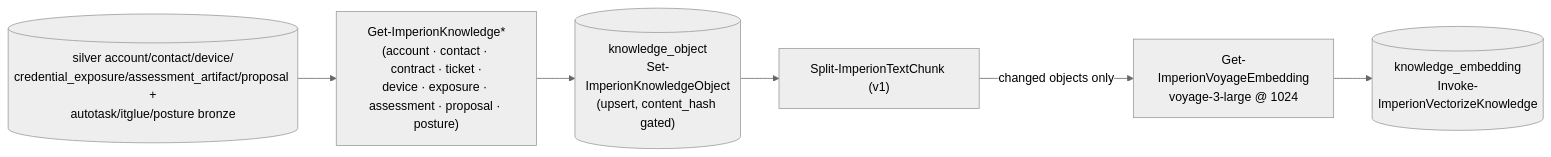
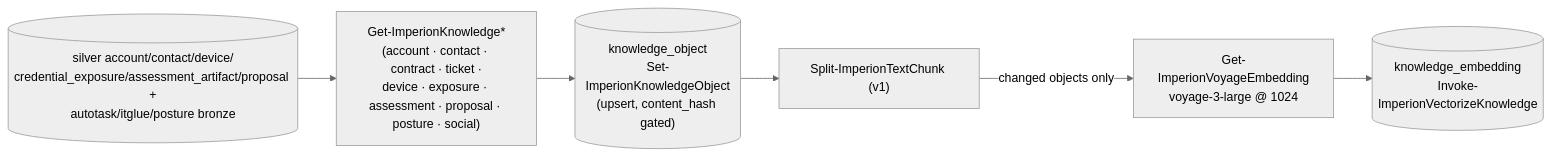
Before and after one commit to markdconnelly/ImperionCRM_LocalPipelineEnrichment: the diagram in docs/database/vector-lifecycle.md, drawn with Mermaid (neutral theme). The commit also changed other lines of this file and 5 other files, not shown here.

First line of the commit message:
feat(knowledge): compose FB/IG social interactions into gold (#127) (#184)

````diff
--- a/docs/database/vector-lifecycle.md
+++ b/docs/database/vector-lifecycle.md
@@ -10,9 +10,9 @@
 ```mermaid
 flowchart LR
     SILVER[("silver account/contact/device/<br/>credential_exposure/assessment_artifact/proposal +<br/>autotask/itglue/posture bronze")]
-    SILVER --> COMPOSE["Get-ImperionKnowledge*<br/>(account · contact · contract · ticket ·<br/>device · exposure · assessment · proposal · posture)"]
+    SILVER --> COMPOSE["Get-ImperionKnowledge*<br/>(account · contact · contract · ticket ·<br/>device · exposure · assessment · proposal · posture · social)"]
     COMPOSE --> KO[("knowledge_object<br/>Set-ImperionKnowledgeObject<br/>(upsert, content_hash gated)")]
     KO --> CHUNK["Split-ImperionTextChunk (v1)"]
     CHUNK -->|changed objects only| VOYAGE["Get-ImperionVoyageEmbedding<br/>voyage-3-large @ 1024"]
     VOYAGE --> KE[("knowledge_embedding<br/>Invoke-ImperionVectorizeKnowledge")]
 ```
````
